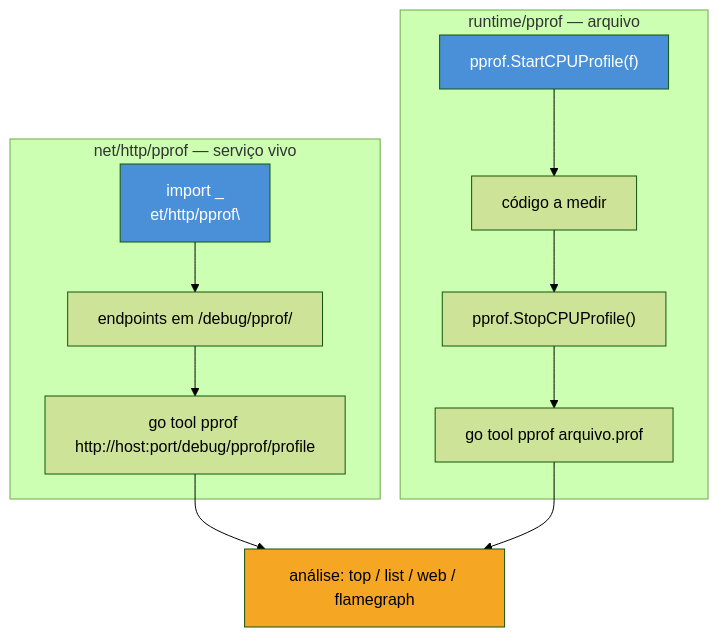
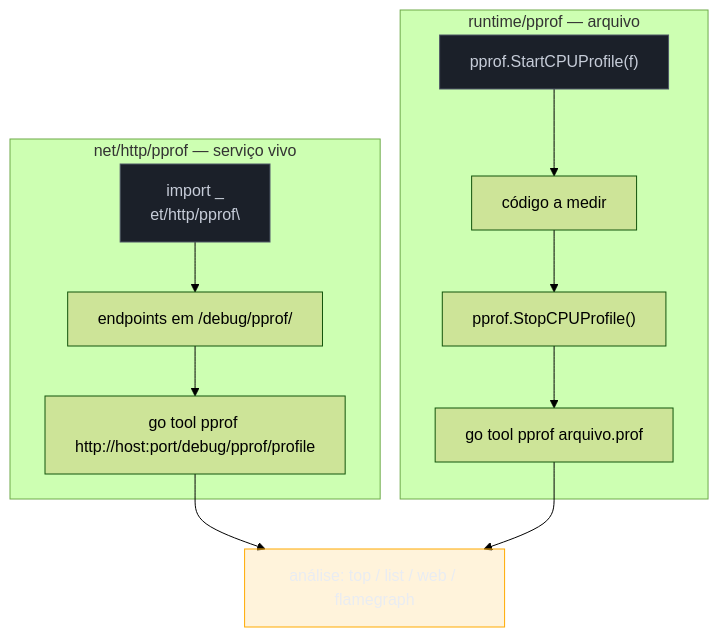
Before and after one commit to josenaldo/codex-technomanticus: the first of 2 diagrams in 03-Dominios/Tecnologia/Go/16 - Observabilidade/03 - pprof — CPU e memória.md, drawn with Mermaid (forest theme). The commit also changed 1181 other files, not shown here.

First line of the commit message:
fix(diagramas): paleta do sistema no lugar de cor cravada no markdown

````diff
--- a/03-Dominios/Tecnologia/Go/16 - Observabilidade/03 - pprof — CPU e memória.md
+++ b/03-Dominios/Tecnologia/Go/16 - Observabilidade/03 - pprof — CPU e memória.md
@@ -32,18 +32,20 @@
 ```mermaid
 flowchart TB
+    classDef neutro fill:#1B2029,stroke:#4E5666,color:#C6CCD8
+    classDef destaque fill:#FFAA0024,stroke:#FFAA00,color:#E9ECF2
     subgraph HTTP["net/http/pprof — serviço vivo"]
         A["import _ \"net/http/pprof\""] --> B["endpoints em /debug/pprof/"]
         B --> C["go tool pprof http://host:port/debug/pprof/profile"]
     end
     subgraph File["runtime/pprof — arquivo"]
         D["pprof.StartCPUProfile(f)"] --> E["código a medir"]
         E --> F["pprof.StopCPUProfile()"]
         F --> G["go tool pprof arquivo.prof"]
     end
     C --> H["análise: top / list / web / flamegraph"]
     G --> H
 
-    style A fill:#4A90D9,color:#fff
-    style D fill:#4A90D9,color:#fff
-    style H fill:#F5A623,color:#000
+    class A neutro
+    class D neutro
+    class H destaque
 ```
````
